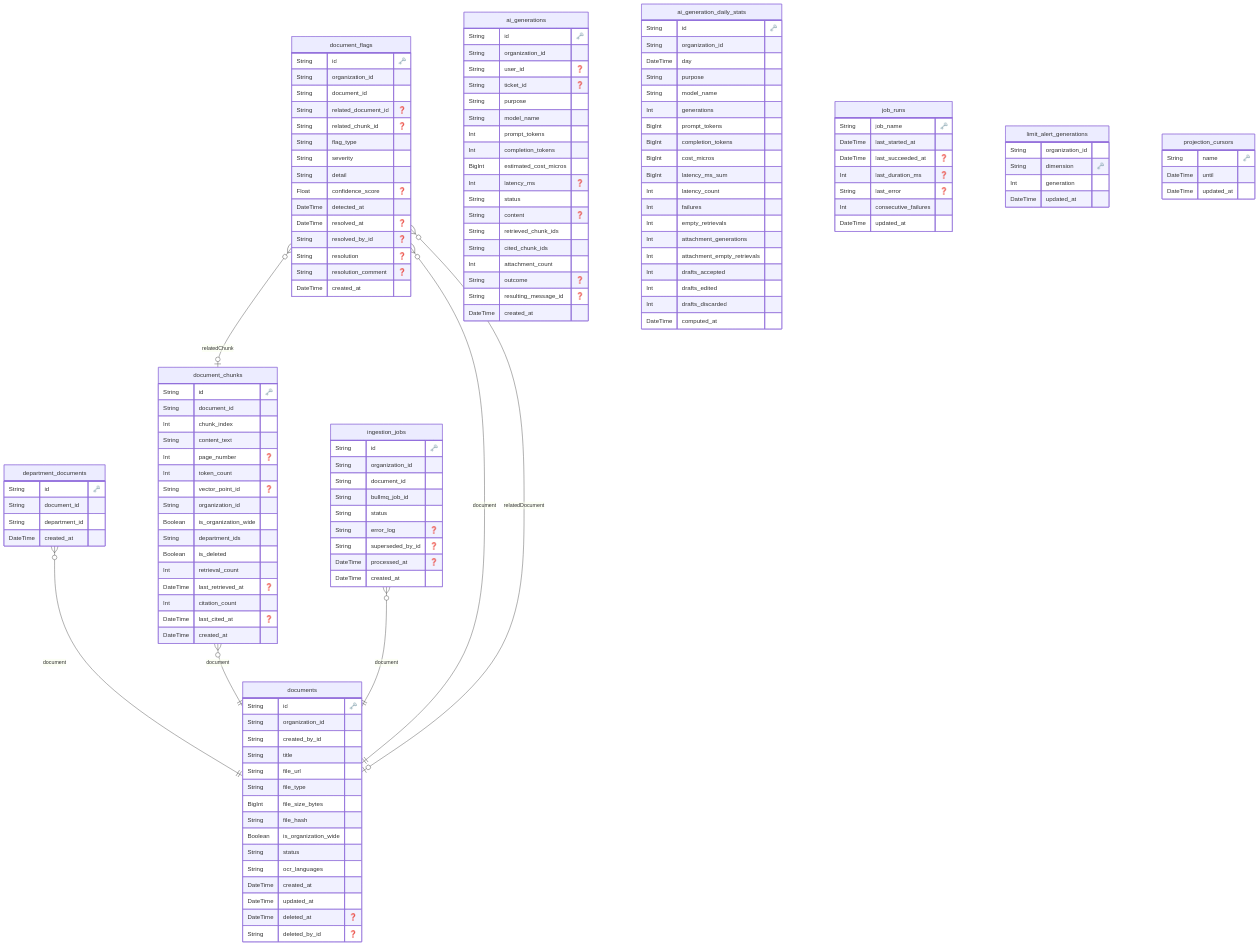
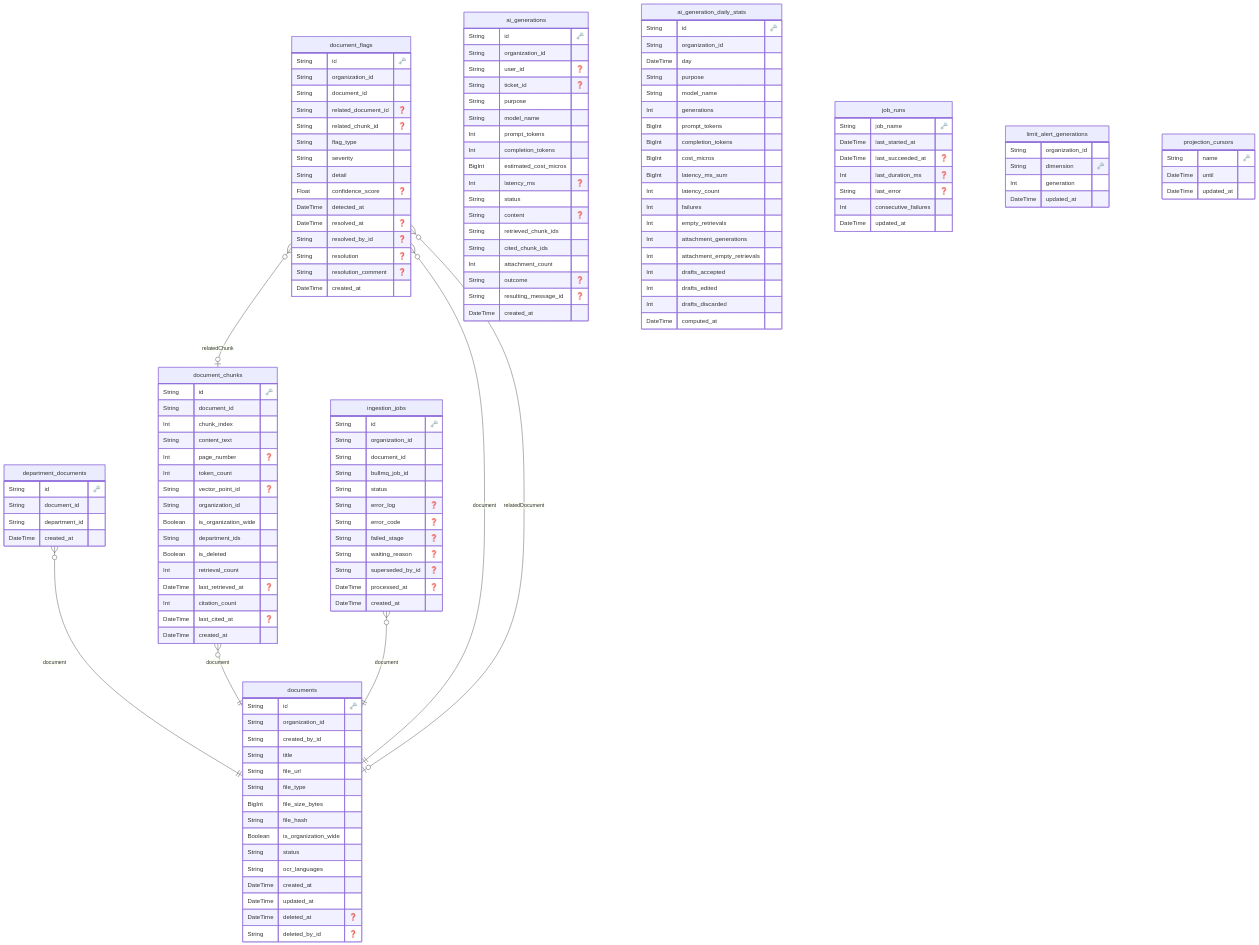
The diagram in docs/reference/erd/ingestion-service.md (dungtq2k5/synapse-desk), drawn with Mermaid before and after one commit. The commit also changed 28 other files, not shown here.

```diff
--- a/docs/reference/erd/ingestion-service.md
+++ b/docs/reference/erd/ingestion-service.md
@@ -55,6 +55,9 @@
     String bullmq_job_id 
     String status 
     String error_log "❓"
+    String error_code "❓"
+    String failed_stage "❓"
+    String waiting_reason "❓"
     String superseded_by_id "❓"
     DateTime processed_at "❓"
     DateTime created_at 
```
